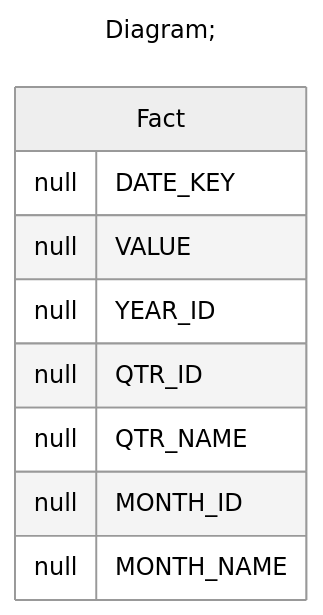
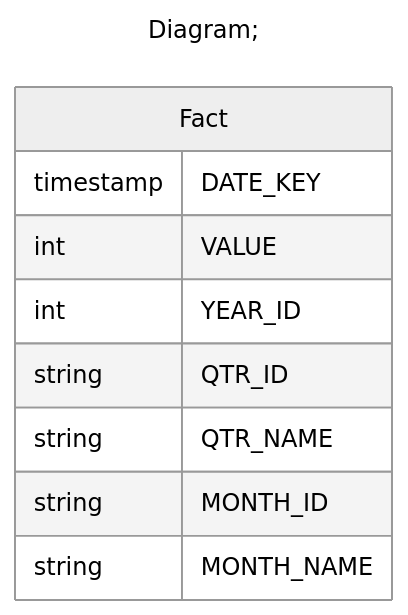
Before and after one commit to xmla-services/workground: the third of 3 diagrams in demo/server/catalogs/min_Dimension_TimeDimension/README.MD, drawn with Mermaid (neutral theme). The commit also changed other lines of this file and 33 other files, not shown here.

````diff
--- a/demo/server/catalogs/min_Dimension_TimeDimension/README.MD
+++ b/demo/server/catalogs/min_Dimension_TimeDimension/README.MD
@@ -99,16 +98,16 @@
 ```mermaid
 ---
 title: Diagram;
 ---
 erDiagram
 Fact{
-null DATE_KEY
-null VALUE
-null YEAR_ID
-null QTR_ID
-null QTR_NAME
-null MONTH_ID
-null MONTH_NAME
+timestamp DATE_KEY
+int VALUE
+int YEAR_ID
+string QTR_ID
+string QTR_NAME
+string MONTH_ID
+string MONTH_NAME
 }
 
 ```
````
